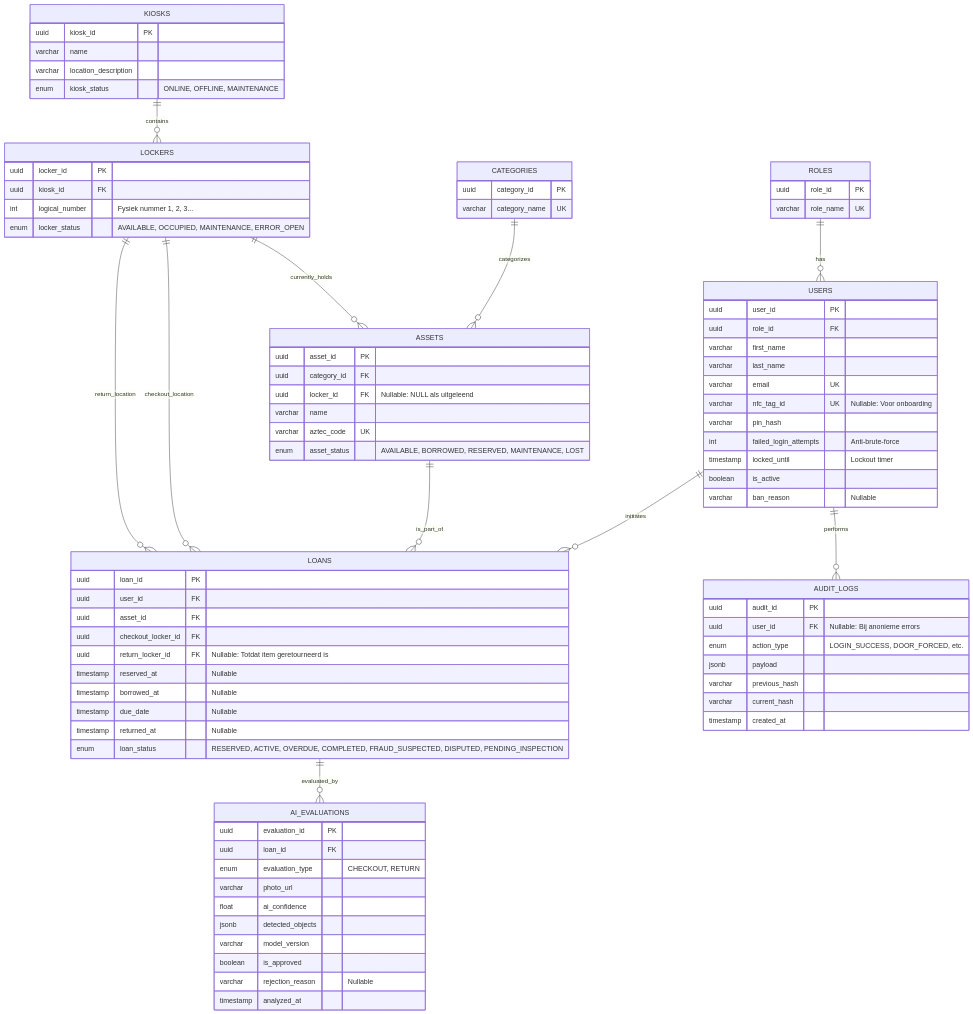
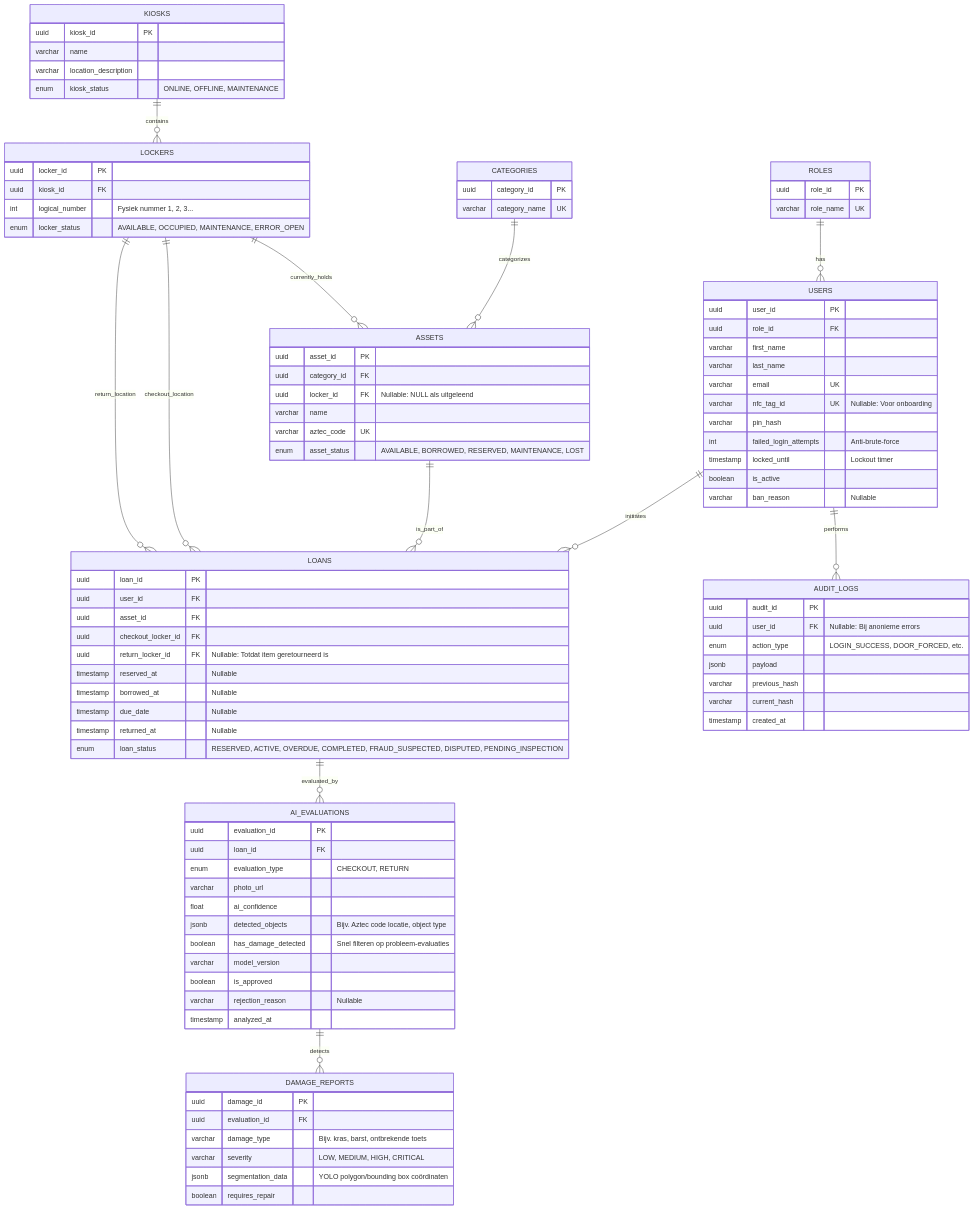
The diagram in docs/erd.mmd (easylend-practice-enterprise/easylend), drawn with Mermaid before and after one commit. The commit also changed 3 other files, not shown here.

Commit message:
docs(architecture): update ERD for YOLOv26 damage reports and switch to Flutter (#14)

```diff
--- a/docs/erd.mmd
+++ b/docs/erd.mmd
@@ -1,101 +1,112 @@
 erDiagram
     %% Lookup Tabellen
     ROLES ||--o{ USERS : has
     CATEGORIES ||--o{ ASSETS : categorizes
     
     %% Infrastructuur
     KIOSKS ||--o{ LOCKERS : contains
     LOCKERS ||--o{ ASSETS : currently_holds
     
     %% Transacties
     USERS ||--o{ LOANS : initiates
     ASSETS ||--o{ LOANS : is_part_of
     LOCKERS ||--o{ LOANS : checkout_location
     LOCKERS ||--o{ LOANS : return_location
     
-    %% Analyses & Security
+    %% Analyses, Security & AI
     LOANS ||--o{ AI_EVALUATIONS : evaluated_by
+    AI_EVALUATIONS ||--o{ DAMAGE_REPORTS : detects
     USERS ||--o{ AUDIT_LOGS : performs
     
     ROLES {
         uuid role_id PK
         varchar role_name UK
     }
     
     CATEGORIES {
         uuid category_id PK
         varchar category_name UK
     }
     
     USERS {
         uuid user_id PK
         uuid role_id FK
         varchar first_name
         varchar last_name
         varchar email UK
         varchar nfc_tag_id UK "Nullable: Voor onboarding"
         varchar pin_hash
         int failed_login_attempts "Anti-brute-force"
         timestamp locked_until "Lockout timer"
         boolean is_active
         varchar ban_reason "Nullable"
     }
     
     KIOSKS {
         uuid kiosk_id PK
         varchar name
         varchar location_description
         enum kiosk_status "ONLINE, OFFLINE, MAINTENANCE"
     }
 
     LOCKERS {
         uuid locker_id PK
         uuid kiosk_id FK
         int logical_number "Fysiek nummer 1, 2, 3..."
         enum locker_status "AVAILABLE, OCCUPIED, MAINTENANCE, ERROR_OPEN"
     }
     
     ASSETS {
         uuid asset_id PK
         uuid category_id FK
         uuid locker_id FK "Nullable: NULL als uitgeleend"
         varchar name
         varchar aztec_code UK
         enum asset_status "AVAILABLE, BORROWED, RESERVED, MAINTENANCE, LOST"
     }
     
     LOANS {
         uuid loan_id PK
         uuid user_id FK
         uuid asset_id FK
         uuid checkout_locker_id FK
         uuid return_locker_id FK "Nullable: Totdat item geretourneerd is"
         timestamp reserved_at "Nullable"
         timestamp borrowed_at "Nullable"
         timestamp due_date "Nullable"
         timestamp returned_at "Nullable"
         enum loan_status "RESERVED, ACTIVE, OVERDUE, COMPLETED, FRAUD_SUSPECTED, DISPUTED, PENDING_INSPECTION"
     }
     
     AI_EVALUATIONS {
         uuid evaluation_id PK
         uuid loan_id FK
         enum evaluation_type "CHECKOUT, RETURN"
         varchar photo_url
         float ai_confidence
-        jsonb detected_objects
+        jsonb detected_objects "Bijv. Aztec code locatie, object type"
+        boolean has_damage_detected "Snel filteren op probleem-evaluaties"
         varchar model_version
         boolean is_approved
         varchar rejection_reason "Nullable"
         timestamp analyzed_at
+    }
+
+    DAMAGE_REPORTS {
+        uuid damage_id PK
+        uuid evaluation_id FK
+        varchar damage_type "Bijv. kras, barst, ontbrekende toets"
+        varchar severity "LOW, MEDIUM, HIGH, CRITICAL"
+        jsonb segmentation_data "YOLO polygon/bounding box coördinaten"
+        boolean requires_repair
     }
     
     AUDIT_LOGS {
         uuid audit_id PK
         uuid user_id FK "Nullable: Bij anonieme errors"
         enum action_type "LOGIN_SUCCESS, DOOR_FORCED, etc."
         jsonb payload
         varchar previous_hash
         varchar current_hash
         timestamp created_at
     }
```
